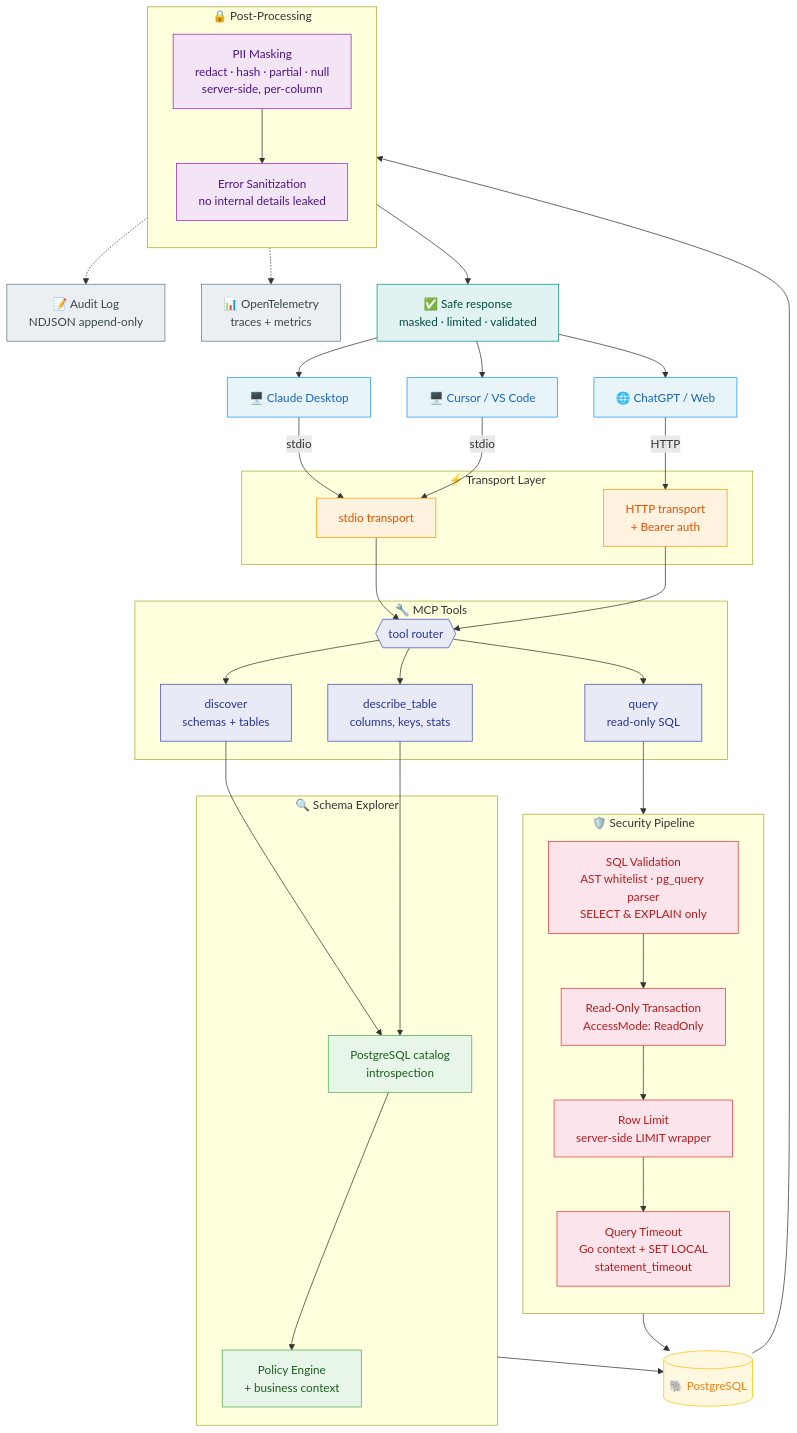
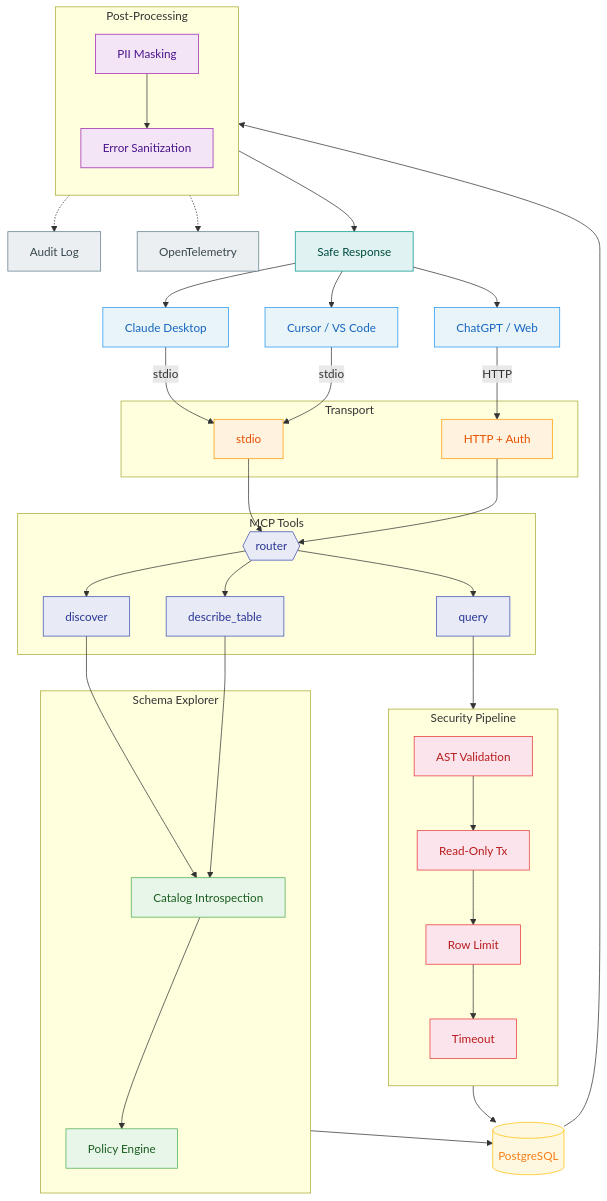
The diagram in README.md (guillermoBallester/isthmus), drawn with Mermaid before and after one commit. The commit also changed other lines of this file and 7 other files, not shown here.

First line of the commit message:
Add support for masking aliased column names in query results

````diff
--- a/README.md
+++ b/README.md
@@ -76,70 +74,53 @@
 ```mermaid
 flowchart TB
-    %% ── Clients ──────────────────────────────────────
-    Claude["🖥️ Claude Desktop"]
-    Cursor["🖥️ Cursor / VS Code"]
-    ChatGPT["🌐 ChatGPT / Web"]
+    Claude["Claude Desktop"] & Cursor["Cursor / VS Code"] -->|stdio| STDIO
+    ChatGPT["ChatGPT / Web"] -->|HTTP| HTTP
 
-    Claude & Cursor -->|stdio| STDIO
-    ChatGPT -->|HTTP| HTTP
-
-    %% ── Transport ────────────────────────────────────
-    subgraph Transport["⚡ Transport Layer"]
-        STDIO["stdio transport"]
-        HTTP["HTTP transport\n+ Bearer auth"]
+    subgraph Transport["Transport"]
+        STDIO["stdio"]
+        HTTP["HTTP + Auth"]
     end
 
     STDIO & HTTP --> Router
 
-    %% ── MCP Router ──────────────────────────────────
-    subgraph MCP["🔧 MCP Tools"]
-        Router{{"tool router"}}
-        Router --> Discover["discover\nschemas + tables"]
-        Router --> Describe["describe_table\ncolumns, keys, stats"]
-        Router --> Query["query\nread-only SQL"]
+    subgraph Tools["MCP Tools"]
+        Router{{"router"}}
+        Router --> Discover["discover"]
+        Router --> Describe["describe_table"]
+        Router --> Query["query"]
     end
 
-    %% ── Schema exploration path ─────────────────────
     Discover & Describe --> Explorer
 
-    subgraph ExplorerLayer["🔍 Schema Explorer"]
-        Explorer["PostgreSQL catalog\nintrospection"]
-        Explorer --> PolicyE["Policy Engine\n+ business context"]
+    subgraph Schema["Schema Explorer"]
+        Explorer["Catalog Introspection"]
+        Explorer --> Policy["Policy Engine"]
     end
 
-    %% ── Query execution path ────────────────────────
-    Query --> Pipeline
+    Query --> Validate
 
-    subgraph SecurityPipeline["🛡️ Security Pipeline"]
+    subgraph Security["Security Pipeline"]
         direction TB
-        Pipeline["SQL Validation\nAST whitelist · pg_query parser\nSELECT & EXPLAIN only"] --> TxMode
-        TxMode["Read-Only Transaction\nAccessMode: ReadOnly"] --> RowLimit
-        RowLimit["Row Limit\nserver-side LIMIT wrapper"] --> Timeout
-        Timeout["Query Timeout\nGo context + SET LOCAL\nstatement_timeout"]
+        Validate["AST Validation"] --> ReadOnly["Read-Only Tx"]
+        ReadOnly --> RowLimit["Row Limit"]
+        RowLimit --> Timeout["Timeout"]
     end
 
-    %% ── Database ────────────────────────────────────
-    SecurityPipeline --> PG[("🐘 PostgreSQL")]
-    ExplorerLayer --> PG
+    Security --> PG[("PostgreSQL")]
+    Schema --> PG
 
-    %% ── Post-processing ─────────────────────────────
-    PG --> PostProcess
+    PG --> Mask
 
-    subgraph PostProcess["🔒 Post-Processing"]
+    subgraph Post["Post-Processing"]
         direction TB
-        Masking["PII Masking\nredact · hash · partial · null\nserver-side, per-column"]
-        Masking --> ErrorSan["Error Sanitization\nno internal details leaked"]
+        Mask["PII Masking"] --> Sanitize["Error Sanitization"]
     end
 
-    %% ── Observability ───────────────────────────────
-    PostProcess -.-> Audit["📝 Audit Log\nNDJSON append-only"]
-    PostProcess -.-> OTel["📊 OpenTelemetry\ntraces + metrics"]
-
-    %% ── Response ────────────────────────────────────
-    PostProcess --> Response["✅ Safe response\nmasked · limited · validated"]
+    Post -.-> Audit["Audit Log"]
+    Post -.-> OTel["OpenTelemetry"]
+    Post --> Response["Safe Response"]
     Response --> Claude & Cursor & ChatGPT
 
-    %% ── Styles ──────────────────────────────────────
     classDef client fill:#e8f4f8,stroke:#2196F3,color:#1565C0
     classDef transport fill:#fff3e0,stroke:#FF9800,color:#E65100
     classDef tools fill:#e8eaf6,stroke:#3F51B5,color:#283593
@@ -153,9 +134,9 @@
     class Claude,Cursor,ChatGPT client
     class STDIO,HTTP transport
     class Router,Discover,Describe,Query tools
-    class Pipeline,TxMode,RowLimit,Timeout security
-    class Explorer,PolicyE explorer
-    class Masking,ErrorSan postproc
+    class Validate,ReadOnly,RowLimit,Timeout security
+    class Explorer,Policy explorer
+    class Mask,Sanitize postproc
     class PG db
     class Audit,OTel obs
     class Response response
````
